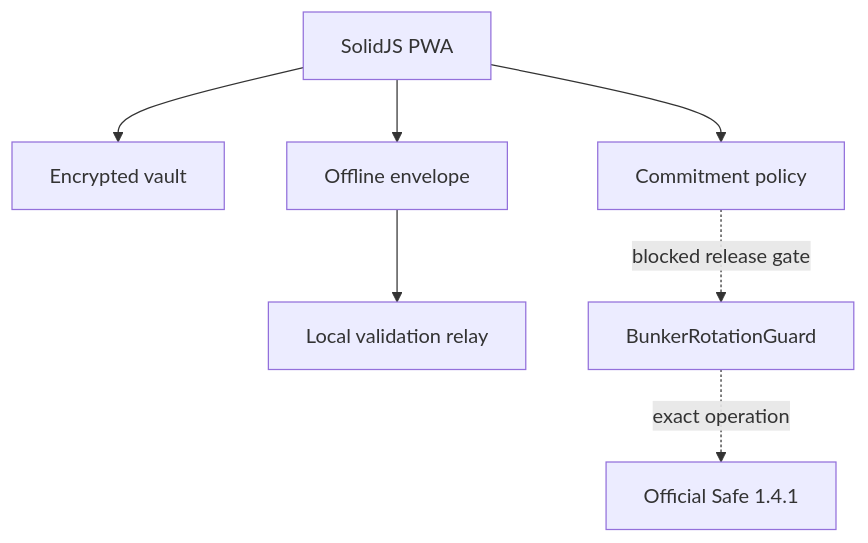
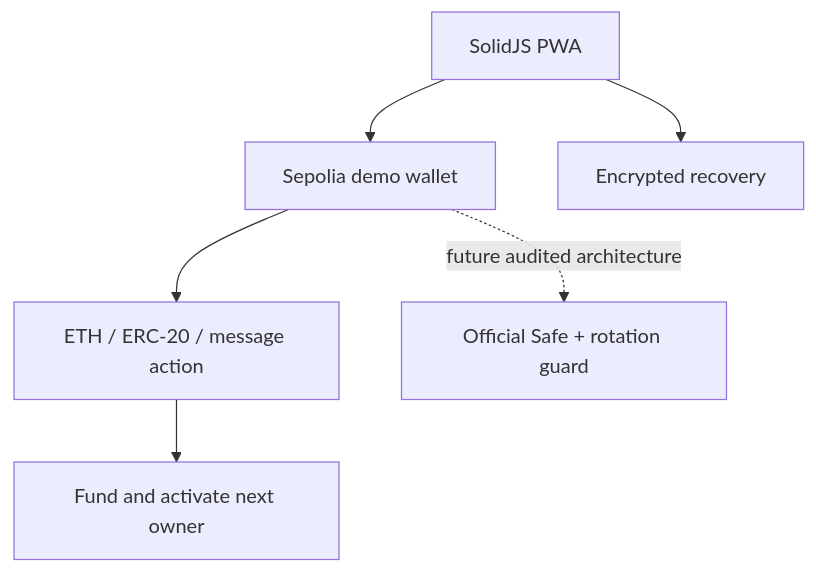
The second of 2 diagrams in README.md (SilentCicero/bunker-wallet), drawn with Mermaid before and after one commit. The commit also changed other lines of this file and 25 other files, not shown here.

Commit message:
Redesign Bunker as a stable-address rotation demo

````diff
--- a/README.md
+++ b/README.md
@@ -48,9 +50,8 @@
 ```mermaid
 flowchart TB
-  PWA[SolidJS PWA] --> V[Encrypted vault]
-  PWA --> C[Commitment policy]
-  PWA --> E[Offline envelope]
-  E --> R[Local validation relay]
-  C -. blocked release gate .-> G[BunkerRotationGuard]
-  G -. exact operation .-> S[Official Safe 1.4.1]
+  PWA[SolidJS PWA] --> D[Sepolia demo wallet]
+  D --> A[ETH / ERC-20 / message action]
+  A --> K[Fund and activate next owner]
+  PWA --> V[Encrypted recovery]
+  D -. future audited architecture .-> S[Official Safe + rotation guard]
 ```
````
